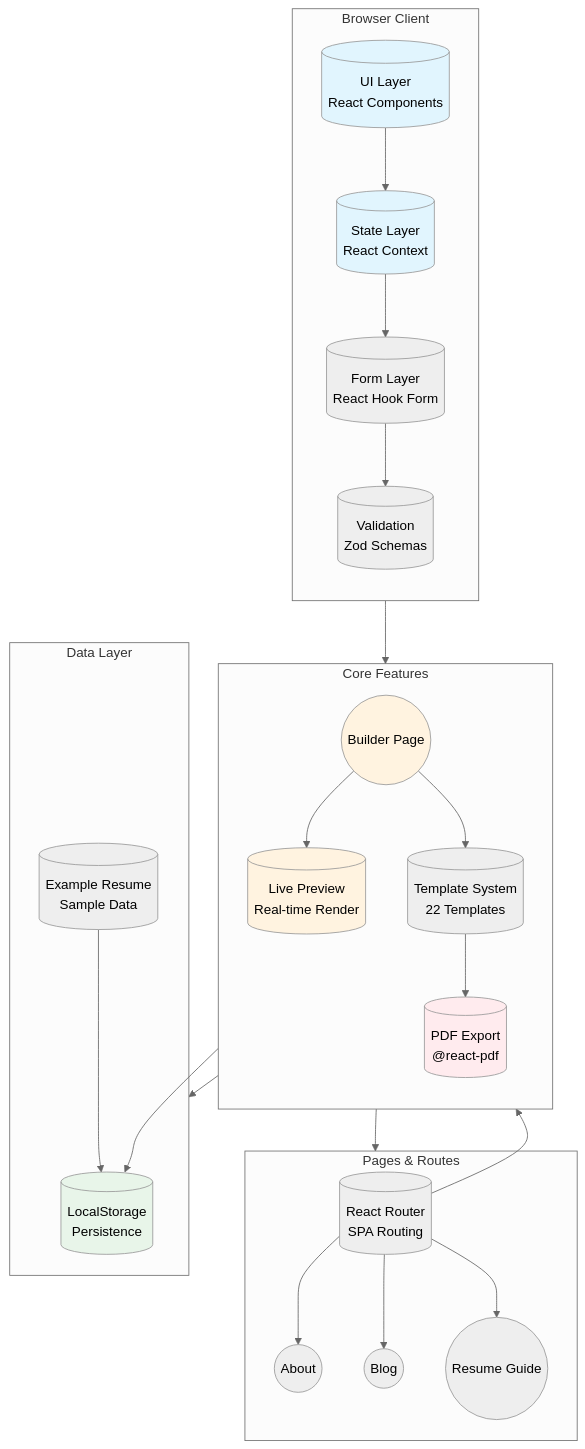
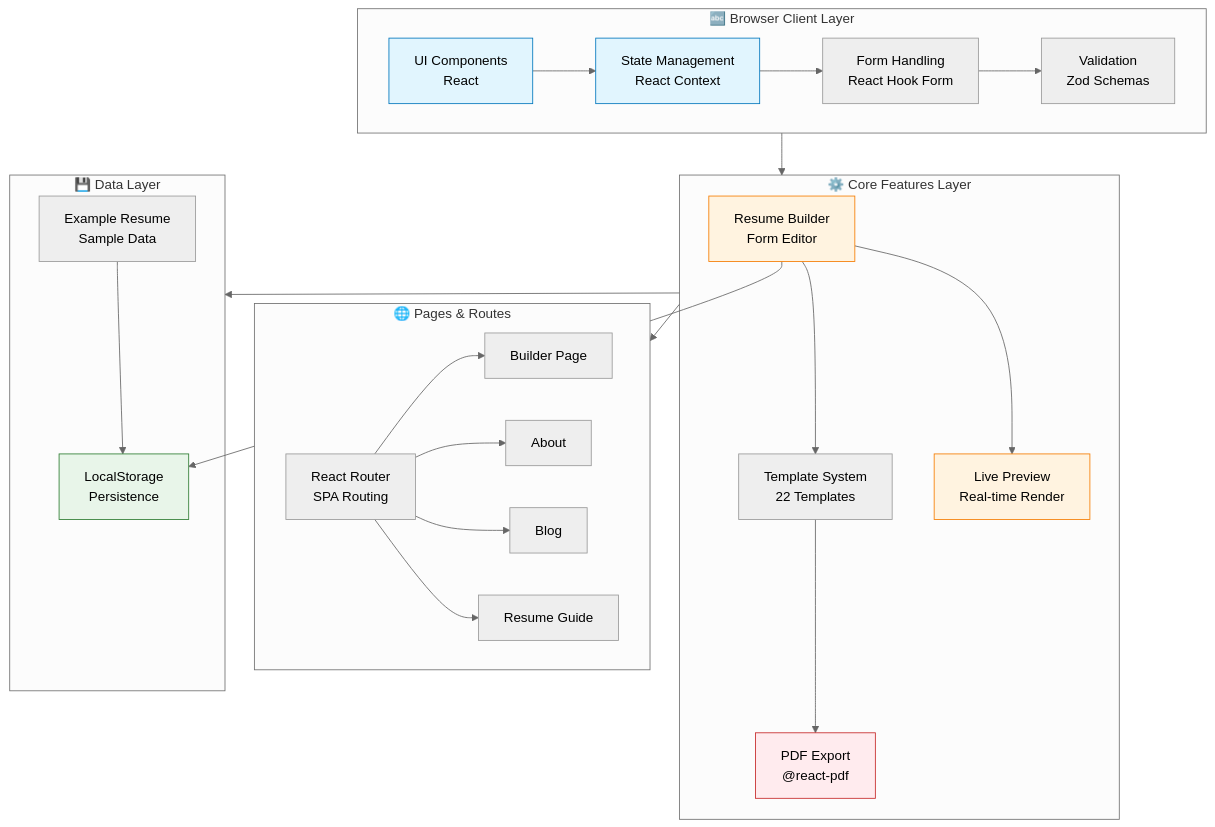
Before and after one commit to girishlade111/swift-resume-builder: the first of 3 diagrams in README.md, drawn with Mermaid (neutral theme). The commit also changed other lines of this file, not shown here.

Commit message:
docs: update README with project information and usage instructions

````diff
--- a/README.md
+++ b/README.md
@@ -154,61 +154,52 @@
 ```mermaid
 flowchart TB
-    subgraph Client["Browser Client"]
-        direction TB
-        
-        UI[("UI Layer<br/>React Components")]
-        State[("State Layer<br/>React Context")]
-        Form[("Form Layer<br/>React Hook Form")]
-        Valid[("Validation<br/>Zod Schemas")]
+    subgraph Client["🔤 Browser Client Layer"]
+        UI["UI Components<br/>React"]
+        State["State Management<br/>React Context"]
+        Form["Form Handling<br/>React Hook Form"]
+        Valid["Validation<br/>Zod Schemas"]
         
         UI --> State
         State --> Form
         Form --> Valid
     end
     
-    subgraph Core["Core Features"]
-        direction TB
-        
-        Builder[("Resume Builder<br/>Form Editor")]
-        Preview[("Live Preview<br/>Real-time Render")]
-        Template[("Template System<br/>22 Templates")]
-        Export[("PDF Export<br/>@react-pdf")]
+    subgraph Core["⚙️ Core Features Layer"]
+        Builder["Resume Builder<br/>Form Editor"]
+        Preview["Live Preview<br/>Real-time Render"]
+        Template["Template System<br/>22 Templates"]
+        Export["PDF Export<br/>@react-pdf"]
         
         Builder --> Preview
         Builder --> Template
         Template --> Export
     end
     
-    subgraph Storage["Data Layer"]
-        Local[("LocalStorage<br/>Persistence")]
-        Example[("Example Resume<br/>Sample Data")]
+    subgraph Storage["💾 Data Layer"]
+        Local["LocalStorage<br/>Persistence"]
+        Example["Example Resume<br/>Sample Data"]
         
         Builder --> Local
         Example --> Local
     end
     
-    subgraph Pages["Pages & Routes"]
-        Router[("React Router<br/>SPA Routing")]
+    subgraph Routes["🌐 Pages & Routes"]
+        Router["React Router<br/>SPA Routing"]
         
-        Router --> Builder
-        Router --> About
-        Router --> Blog
-        Router --> Guide
-        
-        Builder(("Builder Page"))
-        About(("About"))
-        Blog(("Blog"))
-        Guide(("Resume Guide"))
+        Router --> BuilderPage["Builder Page"]
+        Router --> AboutPage["About"]
+        Router --> BlogPage["Blog"]
+        Router --> GuidePage["Resume Guide"]
     end
     
     Client --> Core
     Core --> Storage
-    Core --> Pages
+    Core --> Routes
     
-    style UI fill:#e1f5fe
-    style State fill:#e1f5fe
-    style Builder fill:#fff3e0
-    style Preview fill:#fff3e0
-    style Export fill:#ffebee
-    style Local fill:#e8f5e9
+    style UI fill:#e1f5fe,stroke:#0277bd
+    style State fill:#e1f5fe,stroke:#0277bd
+    style Builder fill:#fff3e0,stroke:#f57c00
+    style Preview fill:#fff3e0,stroke:#f57c00
+    style Export fill:#ffebee,stroke:#c62828
+    style Local fill:#e8f5e9,stroke:#2e7d32
 ```
````
